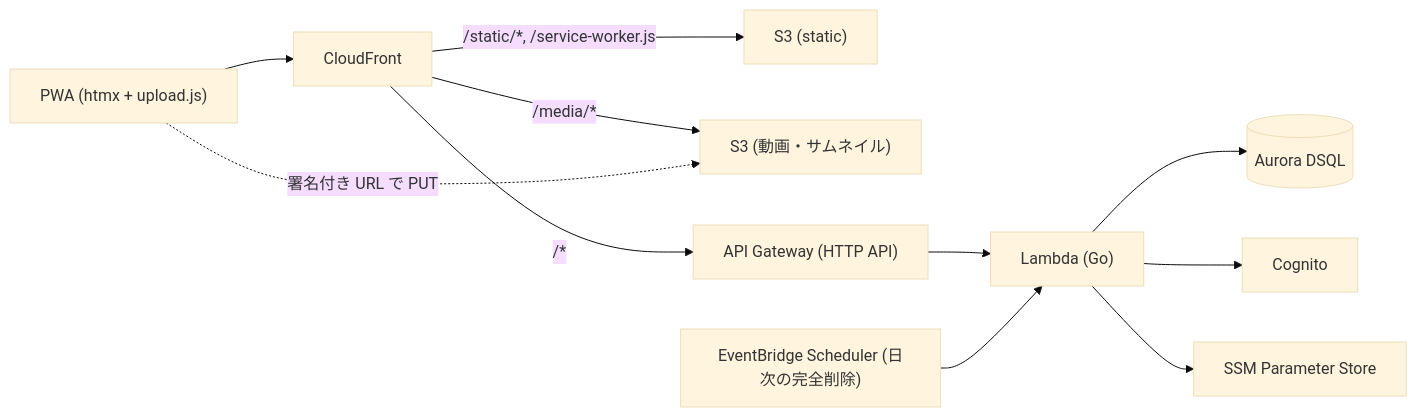
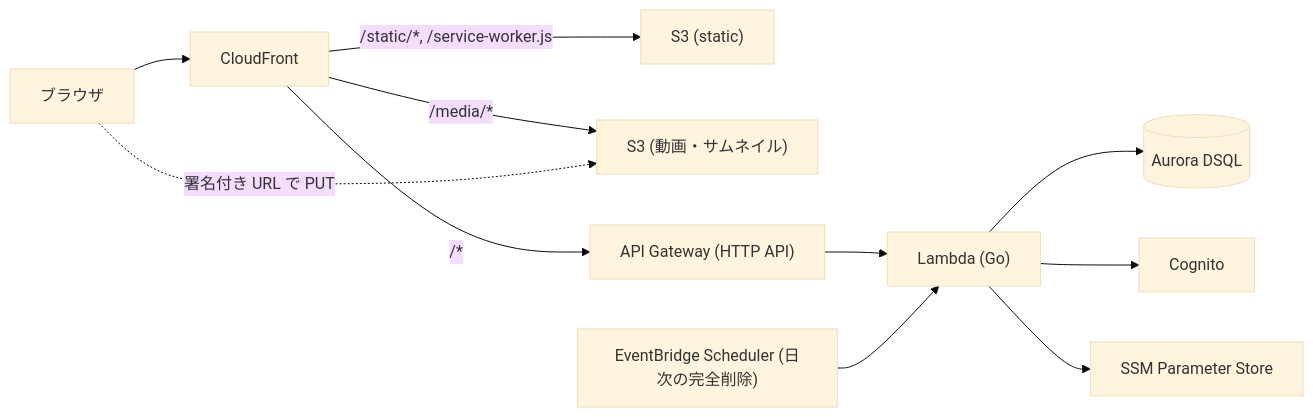
One commit to Inouey1008/family-video changed the first of 2 diagrams in docs/architecture.md. Above: the diagram before and after it, drawn with Mermaid (base theme).

Commit message:
docs: 構成図のクライアントをブラウザと書く

````diff
--- a/docs/architecture.md
+++ b/docs/architecture.md
@@ -20,20 +20,20 @@
 ```mermaid
 flowchart LR
-  PWA["PWA (htmx + upload.js)"]
+  PWA["ブラウザ"]
   CF["CloudFront"]
   S3S["S3 (static)"]
   S3M["S3 (動画・サムネイル)"]
   APIGW["API Gateway (HTTP API)"]
   L["Lambda (Go)"]
   DB[("Aurora DSQL")]
   PWA --> CF
   CF -->|"/static/*, /service-worker.js"| S3S
   CF -->|"/media/*"| S3M
   CF -->|"/*"| APIGW
   APIGW --> L
   SCH["EventBridge Scheduler (日次の完全削除)"] --> L
   L --> DB
   L --> COG["Cognito"]
   L --> SSM["SSM Parameter Store"]
   PWA -.->|"署名付き URL で PUT"| S3M
 ```
````
